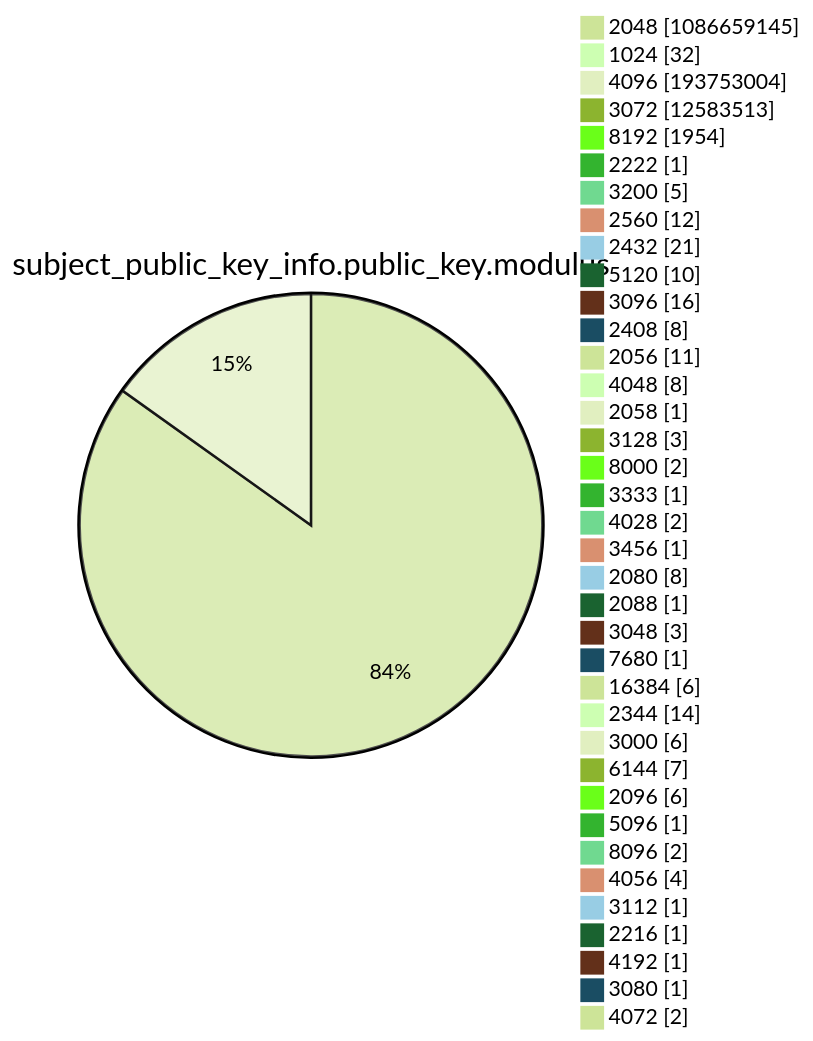
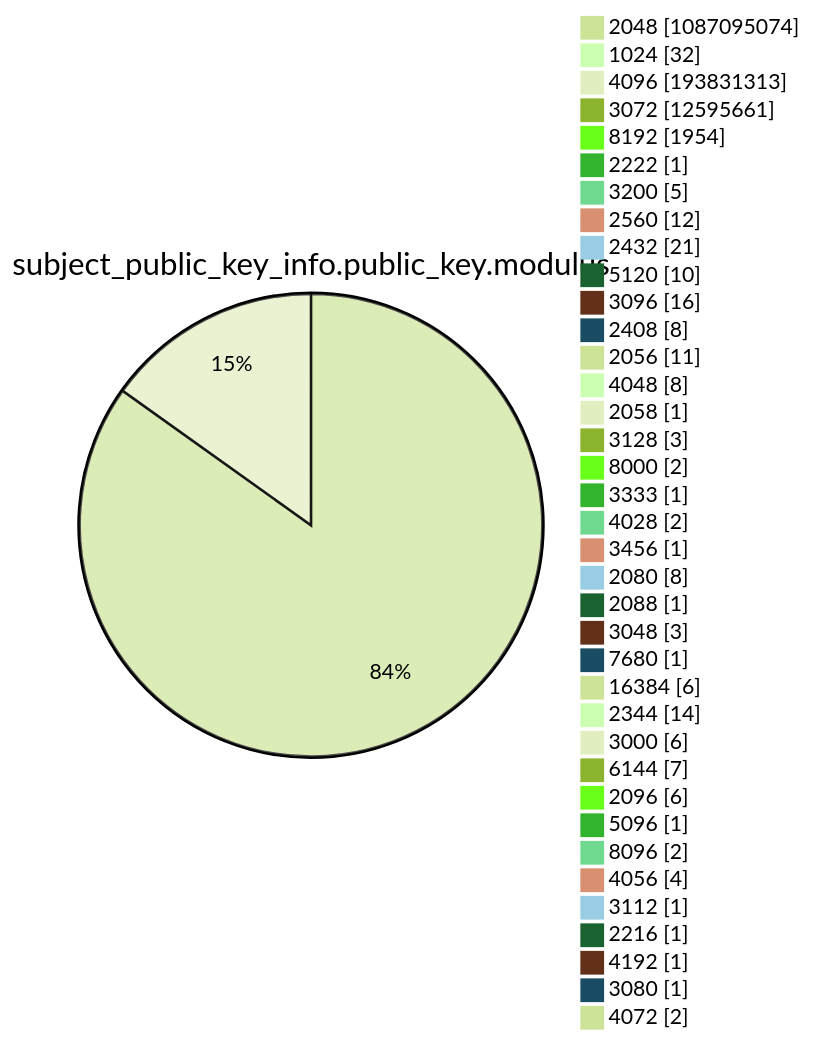
One commit to christiankrug/ctmonitor_visualization changed diagram 13 of 15 in argon2022/README.md. Above: the diagram before and after it, drawn with Mermaid (forest theme). The commit also changed other lines of this file, not shown here.

````diff
--- a/argon2022/README.md
+++ b/argon2022/README.md
@@ -3589,41 +3589,41 @@
 ```mermaid
 pie showData
 title subject_public_key_info.public_key.modulus
-"2048" :1086659145
+"2048" :1087095074
 "1024" :32
-"4096" :193753004
-"3072" :12583513
+"4096" :193831313
+"3072" :12595661
 "8192" :1954
 "2222" :1
 "3200" :5
 "2560" :12
 "2432" :21
 "5120" :10
 "3096" :16
 "2408" :8
 "2056" :11
 "4048" :8
 "2058" :1
 "3128" :3
 "8000" :2
 "3333" :1
 "4028" :2
 "3456" :1
 "2080" :8
 "2088" :1
 "3048" :3
 "7680" :1
 "16384" :6
 "2344" :14
 "3000" :6
 "6144" :7
 "2096" :6
 "5096" :1
 "8096" :2
 "4056" :4
 "3112" :1
 "2216" :1
 "4192" :1
 "3080" :1
 "4072" :2
 ```
````
